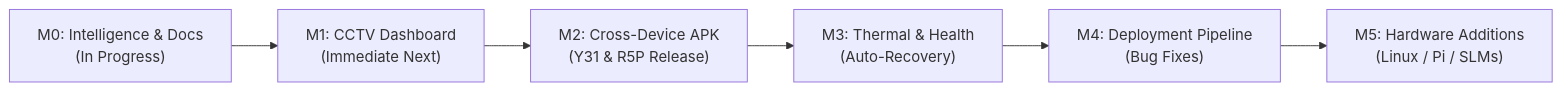
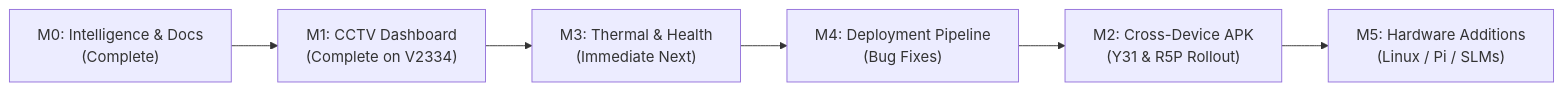
The diagram in docs/ROADMAP.md (AkshatSahay72/PersonalServer), drawn with Mermaid before and after one commit. The commit also changed other lines of this file and 2 other files, not shown here.

Commit message:
docs(roadmap): reprioritize milestone sequence to M3 (Thermal/Health) -> M4 (Deployments) -> M2 (Gujarat Rollout)

````diff
--- a/docs/ROADMAP.md
+++ b/docs/ROADMAP.md
@@ -10,8 +10,8 @@
 ```mermaid
 flowchart LR
-    M0["M0: Intelligence & Docs<br/>(In Progress)"] --> M1["M1: CCTV Dashboard<br/>(Immediate Next)"]
-    M1 --> M2["M2: Cross-Device APK<br/>(Y31 & R5P Release)"]
-    M2 --> M3["M3: Thermal & Health<br/>(Auto-Recovery)"]
+    M0["M0: Intelligence & Docs<br/>(Complete)"] --> M1["M1: CCTV Dashboard<br/>(Complete on V2334)"]
+    M1 --> M3["M3: Thermal & Health<br/>(Immediate Next)"]
     M3 --> M4["M4: Deployment Pipeline<br/>(Bug Fixes)"]
-    M4 --> M5["M5: Hardware Additions<br/>(Linux / Pi / SLMs)"]
+    M4 --> M2["M2: Cross-Device APK<br/>(Y31 & R5P Rollout)"]
+    M2 --> M5["M5: Hardware Additions<br/>(Linux / Pi / SLMs)"]
 ```
````
